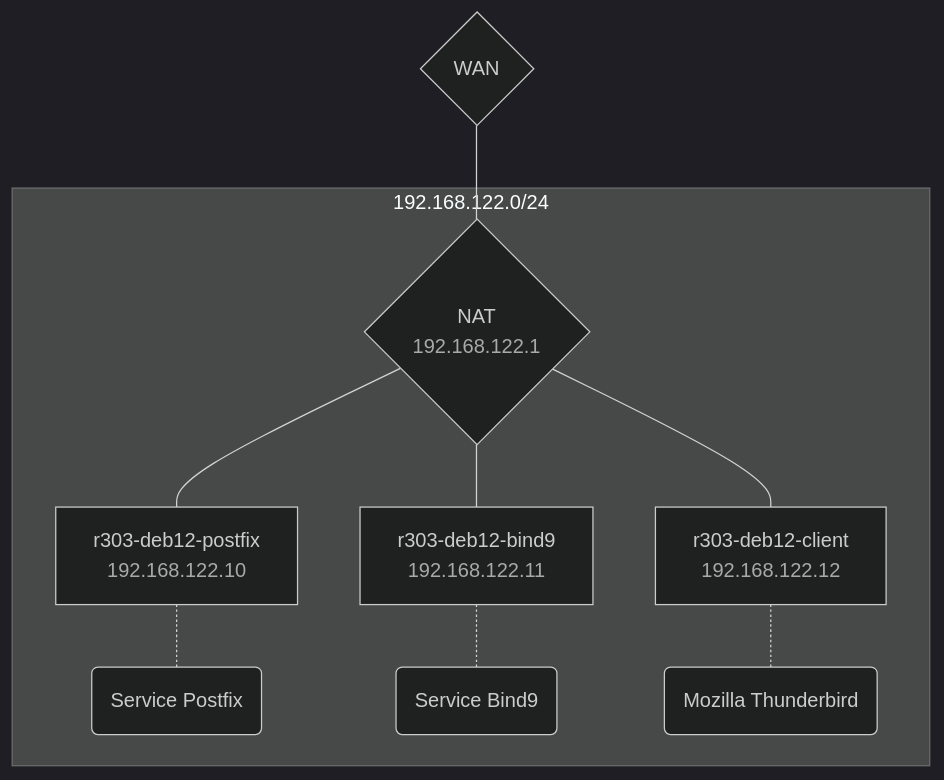
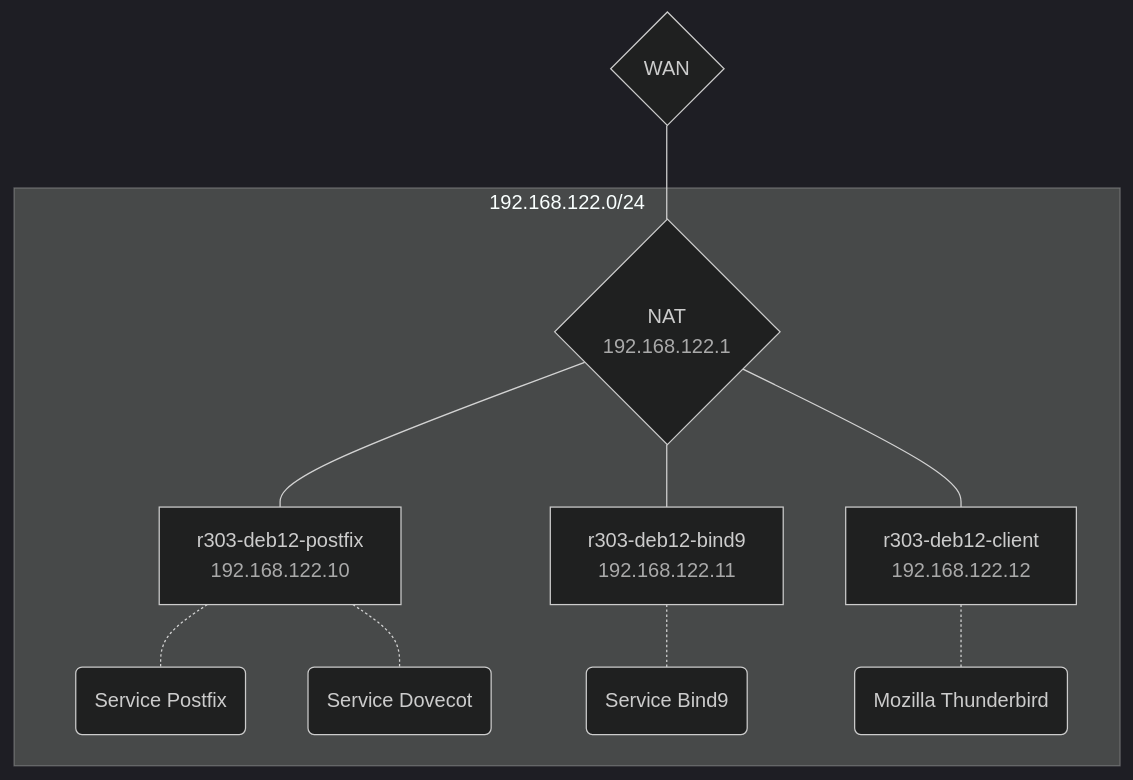
Before and after one commit to xeylou/testade.xeylou.fr: the diagram in content/posts/postfix-workshop/index.md, drawn with Mermaid. The commit also changed other lines of this file and 3 other files, not shown here.

```diff
--- a/content/posts/postfix-workshop/index.md
+++ b/content/posts/postfix-workshop/index.md
@@ -26,21 +24,22 @@
 {{< mermaid >}}
 %%{init: {'theme':'dark'}}%%
 graph TD
 subgraph 192.168.122.0/24
 postfix[r303-deb12-postfix<br><font color="#a9a9a9">192.168.122.10</font>]
 bind9[r303-deb12-bind9<br><font color="#a9a9a9">192.168.122.11</font>]
 thunderbird[r303-deb12-client<br><font color="#a9a9a9">192.168.122.12</font>]
 pstf(Service Postfix)
+dovecot(Service Dovecot)
 bind(Service Bind9)
 clients(Mozilla Thunderbird)
 gw{NAT<br><font color="#a9a9a9">192.168.122.1</font>}
 end
 
 wan{WAN}
 wan --- gw
 gw --- postfix & bind9
 gw --- thunderbird
-postfix -.- pstf
+postfix -.- pstf & dovecot
 bind9 -.- bind
 thunderbird -.- clients
 {{< /mermaid >}}
```
